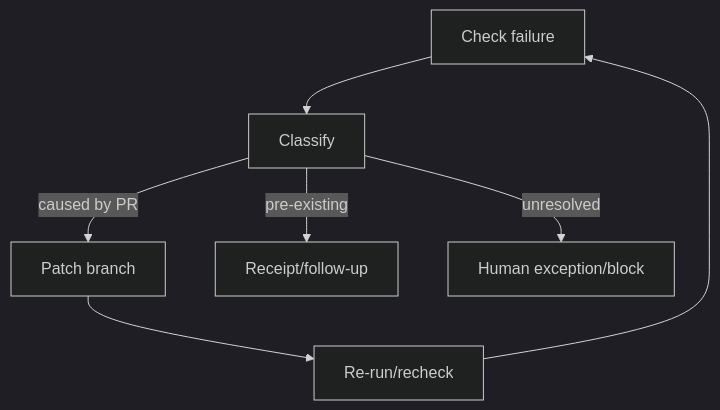
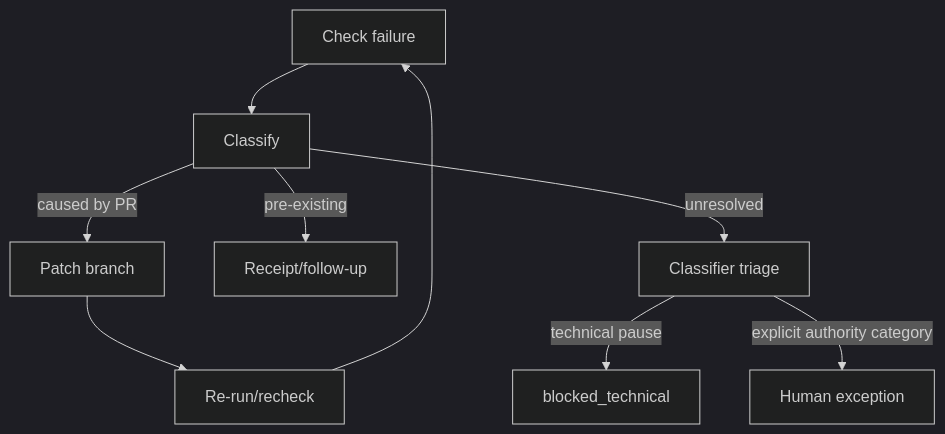
One commit to RasmusTho/agentic-pkm-mvp changed diagram 20 of 23 in docs/development/BUILDER_SYSTEM_PROCESS_MAP.md. Above: the diagram before and after it, drawn with Mermaid (dark theme). The commit also changed other lines of this file and 2 other files, not shown here.

Commit message:
Classify technical review stops before escalation

````diff
--- a/docs/development/BUILDER_SYSTEM_PROCESS_MAP.md
+++ b/docs/development/BUILDER_SYSTEM_PROCESS_MAP.md
@@ -775,9 +779,11 @@
 ```mermaid
 flowchart TD
   Check["Check failure"] --> Classify["Classify"]
   Classify -->|caused by PR| Patch["Patch branch"]
   Patch --> Recheck["Re-run/recheck"]
   Recheck --> Check
   Classify -->|pre-existing| Followup["Receipt/follow-up"]
-  Classify -->|unresolved| Human["Human exception/block"]
+  Classify -->|unresolved| Triage["Classifier triage"]
+  Triage -->|technical pause| Block["blocked_technical"]
+  Triage -->|explicit authority category| Human["Human exception"]
 ```
````
